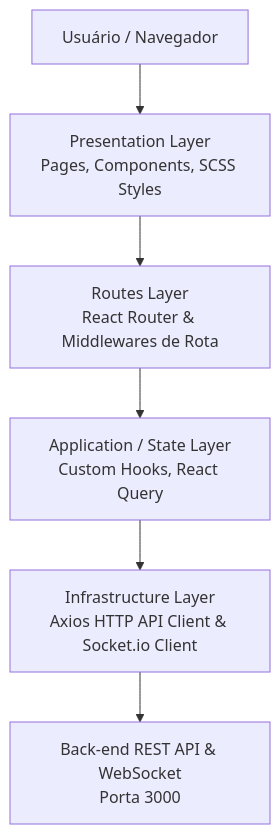
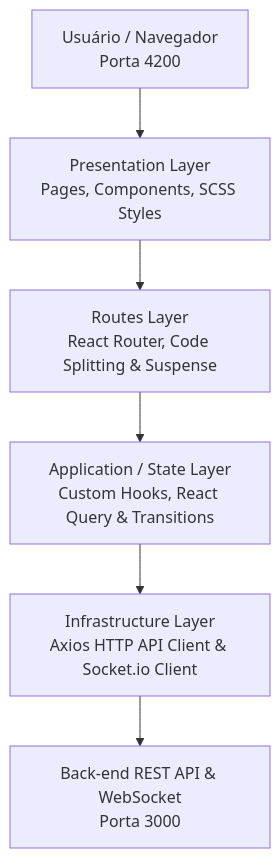
Before and after one commit to DiegoSantos18/NATIVE.CustomerManagement.UI: the diagram in README.md, drawn with Mermaid. The commit also changed other lines of this file and 5 other files, not shown here.

````diff
--- a/README.md
+++ b/README.md
@@ -24,8 +29,9 @@
 ```mermaid
 graph TD
-    User[Usuário / Navegador] --> Presentation[Presentation Layer<br>Pages, Components, SCSS Styles]
-    Presentation --> Routes[Routes Layer<br>React Router & Middlewares de Rota]
-    Routes --> Application[Application / State Layer<br>Custom Hooks, React Query]
+    User[Usuário / Navegador<br>Porta 4200] --> Presentation[Presentation Layer<br>Pages, Components, SCSS Styles]
+    Presentation --> Routes[Routes Layer<br>React Router, Code Splitting & Suspense]
+    Routes --> Application[Application / State Layer<br>Custom Hooks, React Query & Transitions]
     Application --> Infrastructure[Infrastructure Layer<br>Axios HTTP API Client & Socket.io Client]
     Infrastructure --> API[Back-end REST API & WebSocket<br>Porta 3000]
+
 ```
````
